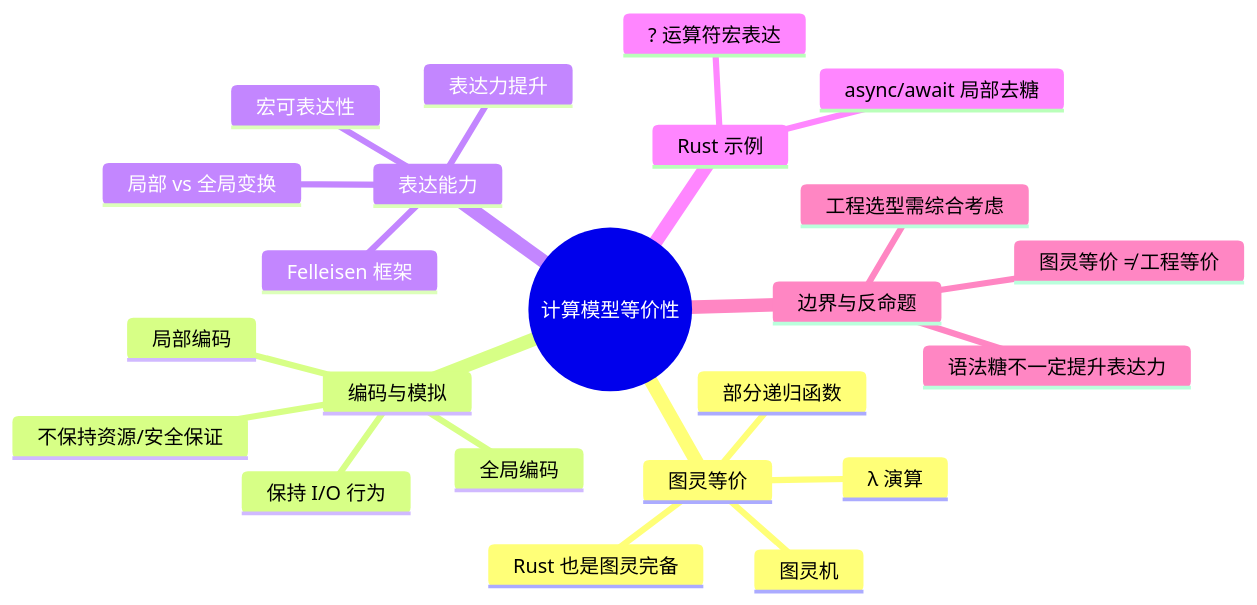
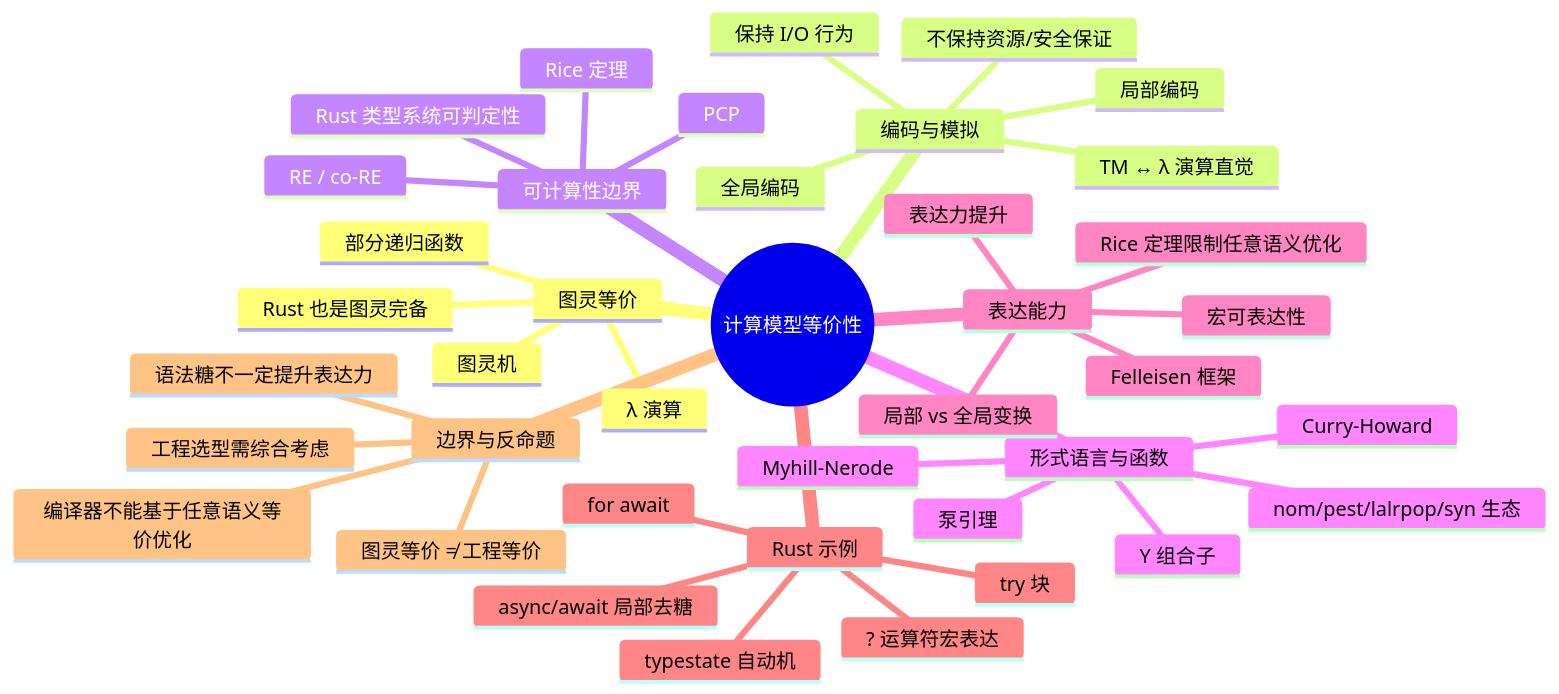
The diagram in concept/04_formal/11_computational_models/05_equivalence_of_computational_models.md (martin-ly/rust-lang), drawn with Mermaid before and after one commit. The commit also changed other lines of this file and 28 other files, not shown here.

````diff
--- a/concept/04_formal/11_computational_models/05_equivalence_of_computational_models.md
+++ b/concept/04_formal/11_computational_models/05_equivalence_of_computational_models.md
@@ -347,26 +854,43 @@
 ```mermaid
 mindmap
   root((计算模型等价性))
     图灵等价
       图灵机
       λ 演算
       部分递归函数
       Rust 也是图灵完备
     编码与模拟
       局部编码
       全局编码
       保持 I/O 行为
       不保持资源/安全保证
+      TM ↔ λ 演算直觉
+    可计算性边界
+      Rice 定理
+      RE / co-RE
+      PCP
+      Rust 类型系统可判定性
+    形式语言与函数
+      泵引理
+      Myhill-Nerode
+      nom/pest/lalrpop/syn 生态
+      Y 组合子
+      Curry-Howard
     表达能力
       Felleisen 框架
       宏可表达性
       局部 vs 全局变换
       表达力提升
+      Rice 定理限制任意语义优化
     Rust 示例
       async/await 局部去糖
       ? 运算符宏表达
+      try 块
+      for await
+      typestate 自动机
     边界与反命题
       图灵等价 ≠ 工程等价
       语法糖不一定提升表达力
+      编译器不能基于任意语义等价优化
       工程选型需综合考虑
 ```
````
